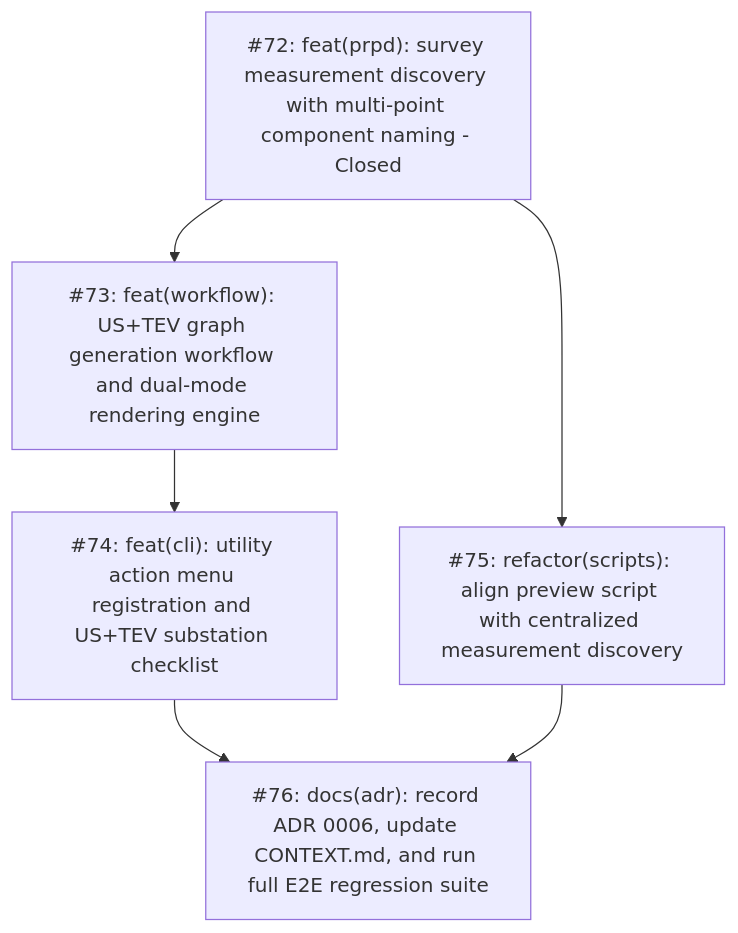
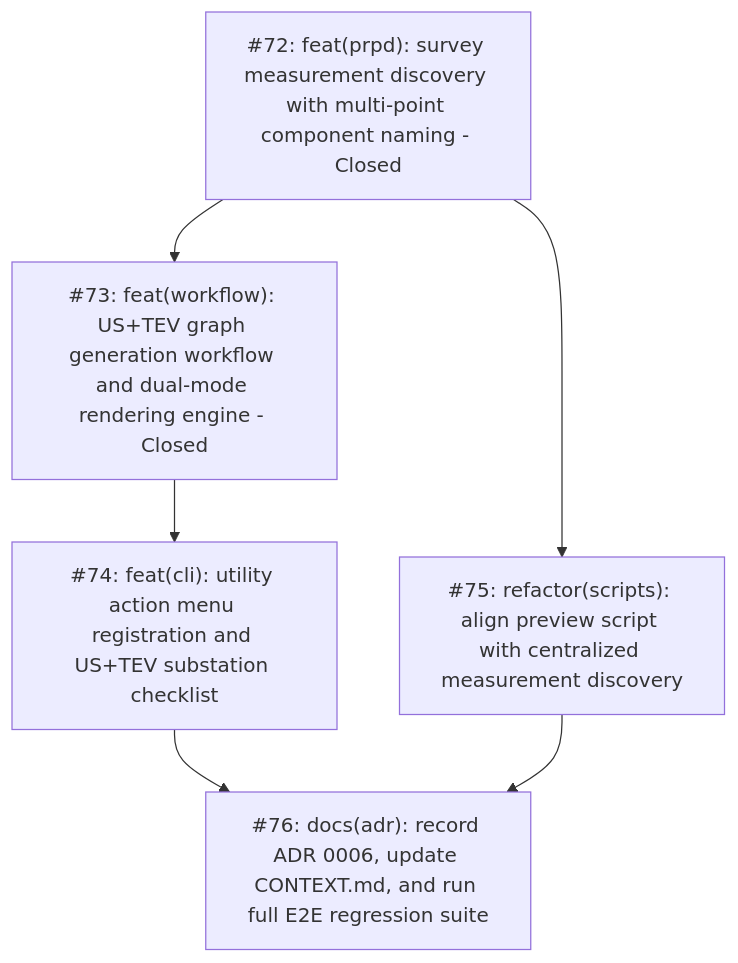
One commit to adamlarGit/pahang-cli changed the diagram in .wayfinder/generate-us-tev-survey-graphs/map.md. Above: the diagram before and after it, drawn with Mermaid. The commit also changed other lines of this file and 1 other file, not shown here.

Commit message:
docs(tickets): close ticket #73 in local map and ticket file

````diff
--- a/.wayfinder/generate-us-tev-survey-graphs/map.md
+++ b/.wayfinder/generate-us-tev-survey-graphs/map.md
@@ -32,14 +32,14 @@
 ```mermaid
 graph TD
     T72["#72: feat(prpd): survey measurement discovery with multi-point component naming - Closed"]
-    T73["#73: feat(workflow): US+TEV graph generation workflow and dual-mode rendering engine"]
+    T73["#73: feat(workflow): US+TEV graph generation workflow and dual-mode rendering engine - Closed"]
     T74["#74: feat(cli): utility action menu registration and US+TEV substation checklist"]
     T75["#75: refactor(scripts): align preview script with centralized measurement discovery"]
     T76["#76: docs(adr): record ADR 0006, update CONTEXT.md, and run full E2E regression suite"]
 
     T72 --> T73
     T73 --> T74
     T72 --> T75
     T74 --> T76
     T75 --> T76
 ```
````
